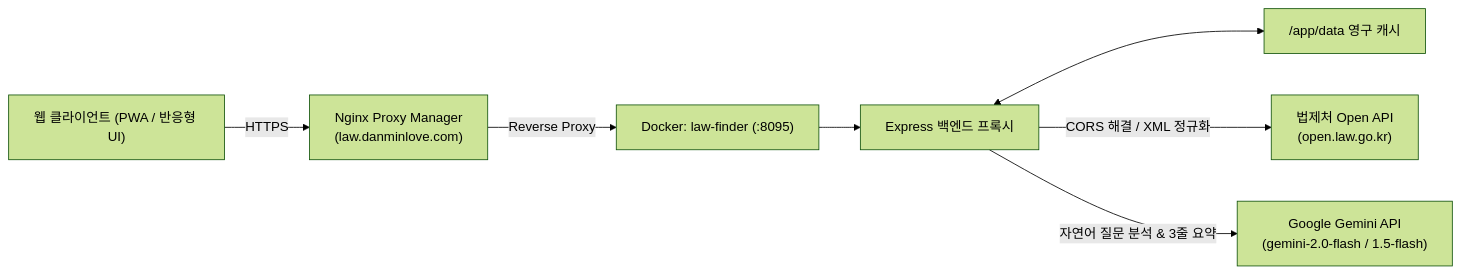
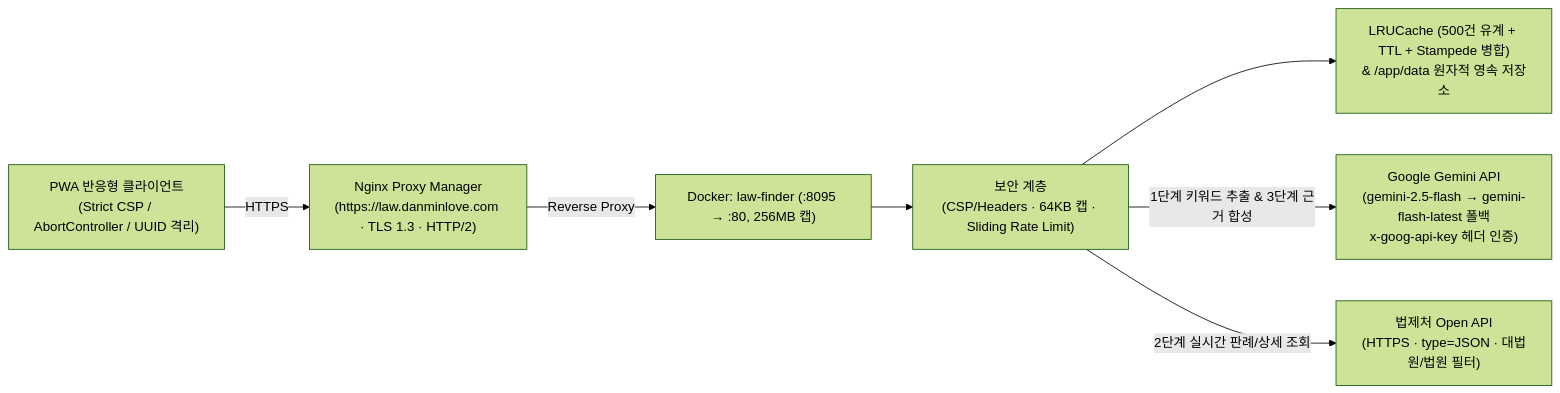
Before and after one commit to mkotinet/law-finder: the diagram in 기술레포트.md, drawn with Mermaid (forest theme). The commit also changed other lines of this file and 75 other files, not shown here.

Commit message:
feat(v2.0.0): Gemini 2.5 Flash 2단계 RAG, 법제처 HTTPS/JSON, 보안·LRU캐시·PWA·반응형 전면 고도화

````diff
--- a/기술레포트.md
+++ b/기술레포트.md
@@ -8,17 +8,17 @@
 ```mermaid
 flowchart LR
-    Client["웹 클라이언트 (PWA / 반응형 UI)"]
-    NPM["Nginx Proxy Manager<br>(law.danminlove.com)"]
-    Container["Docker: law-finder (:8095)"]
-    Server["Express 백엔드 프록시"]
-    Cache["/app/data 영구 캐시"]
-    LawAPI["법제처 Open API<br>(open.law.go.kr)"]
-    GeminiAPI["Google Gemini API<br>(gemini-2.0-flash / 1.5-flash)"]
+    Client["PWA 반응형 클라이언트<br>(Strict CSP / AbortController / UUID 격리)"]
+    NPM["Nginx Proxy Manager<br>(https://law.danminlove.com · TLS 1.3 · HTTP/2)"]
+    Container["Docker: law-finder (:8095 → :80, 256MB 캡)"]
+    Security["보안 계층<br>(CSP/Headers · 64KB 캡 · Sliding Rate Limit)"]
+    Cache["LRUCache (500건 유계 + TTL + Stampede 병합)<br>& /app/data 원자적 영속 저장소"]
+    LawAPI["법제처 Open API<br>(HTTPS · type=JSON · 대법원/법원 필터)"]
+    GeminiAPI["Google Gemini API<br>(gemini-2.5-flash → gemini-flash-latest 폴백<br>x-goog-api-key 헤더 인증)"]
 
     Client -->|HTTPS| NPM
     NPM -->|Reverse Proxy| Container
-    Container --> Server
-    Server <--> Cache
-    Server -->|CORS 해결 / XML 정규화| LawAPI
-    Server -->|자연어 질문 분석 & 3줄 요약| GeminiAPI
+    Container --> Security
+    Security --> Cache
+    Security -->|1단계 키워드 추출 & 3단계 근거 합성| GeminiAPI
+    Security -->|2단계 실시간 판례/상세 조회| LawAPI
 ```
````
